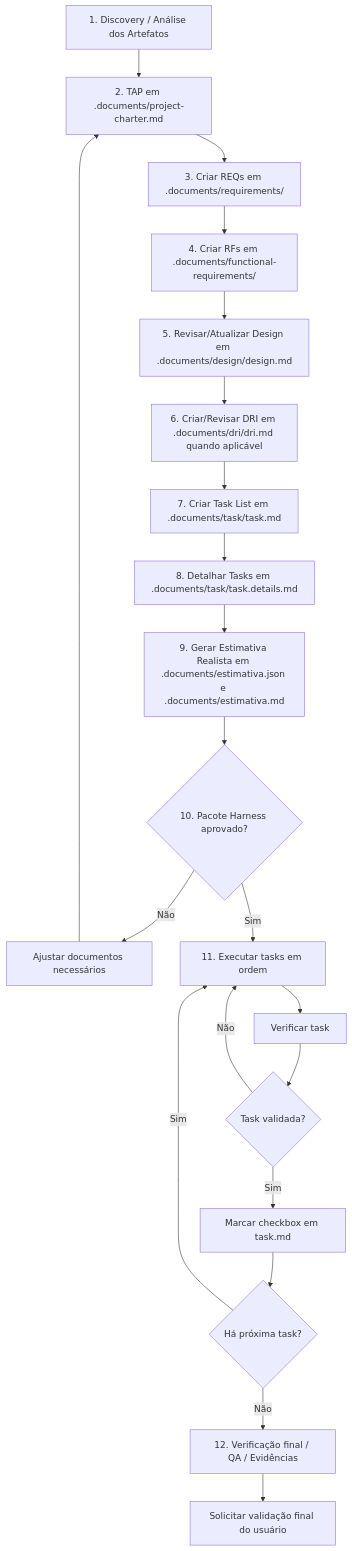
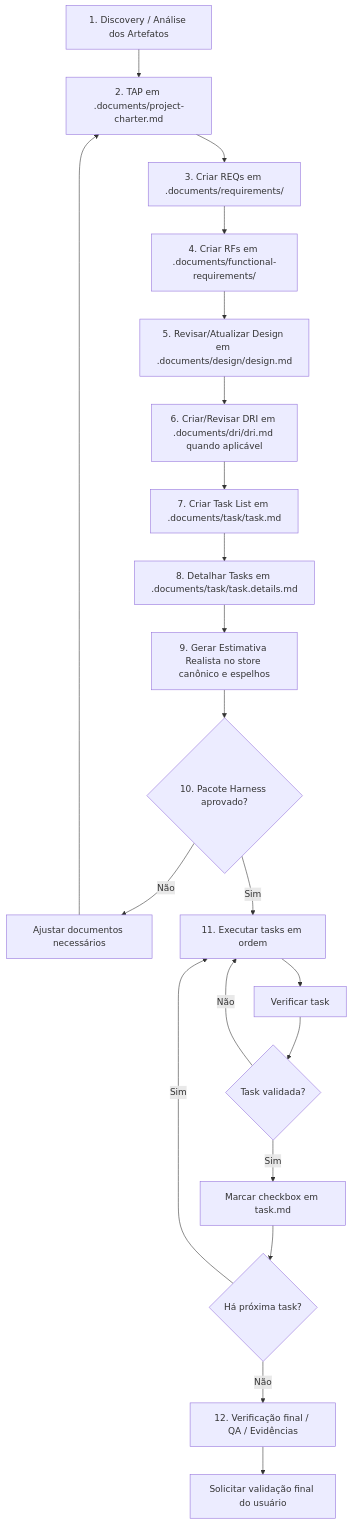
One commit to builttech/okestre-final changed the diagram in GPT_INSTRUCTIONS.md. Above: the diagram before and after it, drawn with Mermaid. The commit also changed other lines of this file and 3 other files, not shown here.

````diff
--- a/GPT_INSTRUCTIONS.md
+++ b/GPT_INSTRUCTIONS.md
@@ -523,23 +576,23 @@
 ```mermaid
 graph TD
     A["1. Discovery / Análise dos Artefatos"] --> B["2. TAP em .documents/project-charter.md"]
     B --> C["3. Criar REQs em .documents/requirements/"]
     C --> D["4. Criar RFs em .documents/functional-requirements/"]
     D --> E["5. Revisar/Atualizar Design em .documents/design/design.md"]
     E --> F["6. Criar/Revisar DRI em .documents/dri/dri.md quando aplicável"]
     F --> G["7. Criar Task List em .documents/task/task.md"]
     G --> H["8. Detalhar Tasks em .documents/task/task.details.md"]
-    H --> I["9. Gerar Estimativa Realista em .documents/estimativa.json e .documents/estimativa.md"]
+    H --> I["9. Gerar Estimativa Realista no store canônico e espelhos"]
     I --> J{"10. Pacote Harness aprovado?"}
     J -->|"Não"| K["Ajustar documentos necessários"]
     K --> B
     J -->|"Sim"| L["11. Executar tasks em ordem"]
     L --> M["Verificar task"]
     M --> N{"Task validada?"}
     N -->|"Não"| L
     N -->|"Sim"| O["Marcar checkbox em task.md"]
     O --> P{"Há próxima task?"}
     P -->|"Sim"| L
     P -->|"Não"| Q["12. Verificação final / QA / Evidências"]
     Q --> R["Solicitar validação final do usuário"]
 ```
````
